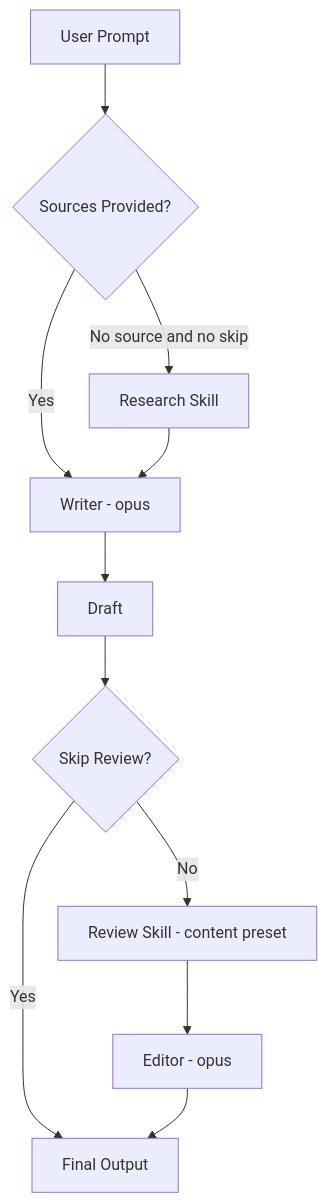
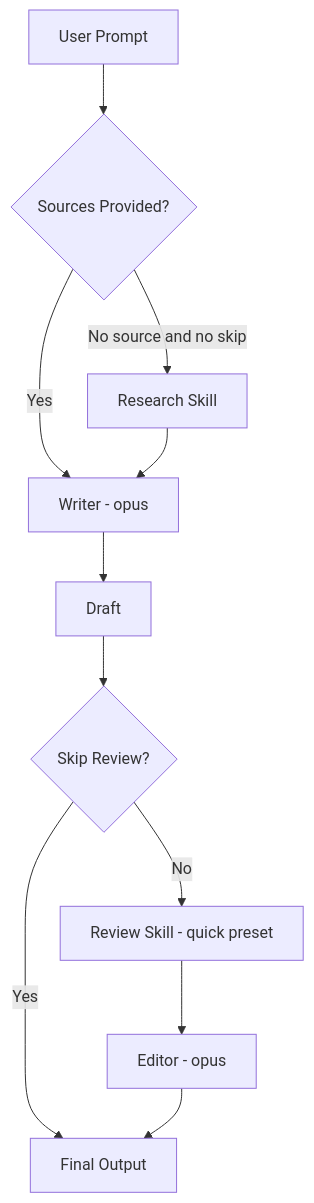
One commit to unclejobs-ai/second-claude-code changed the diagram in docs/skills/write.md. Above: the diagram before and after it, drawn with Mermaid. The commit also changed other lines of this file and 26 other files, not shown here.

````diff
--- a/docs/skills/write.md
+++ b/docs/skills/write.md
@@ -80,13 +80,13 @@
 ```mermaid
 graph TD
     A[User Prompt] --> B{Sources Provided?}
     B -->|No source and no skip| C[Research Skill]
     B -->|Yes| D[Writer - opus]
     C --> D
     D --> E[Draft]
     E --> F{Skip Review?}
-    F -->|No| G[Review Skill - content preset]
+    F -->|No| G[Review Skill - quick preset]
     F -->|Yes| I[Final Output]
     G --> H[Editor - opus]
     H --> I
 ```
````
